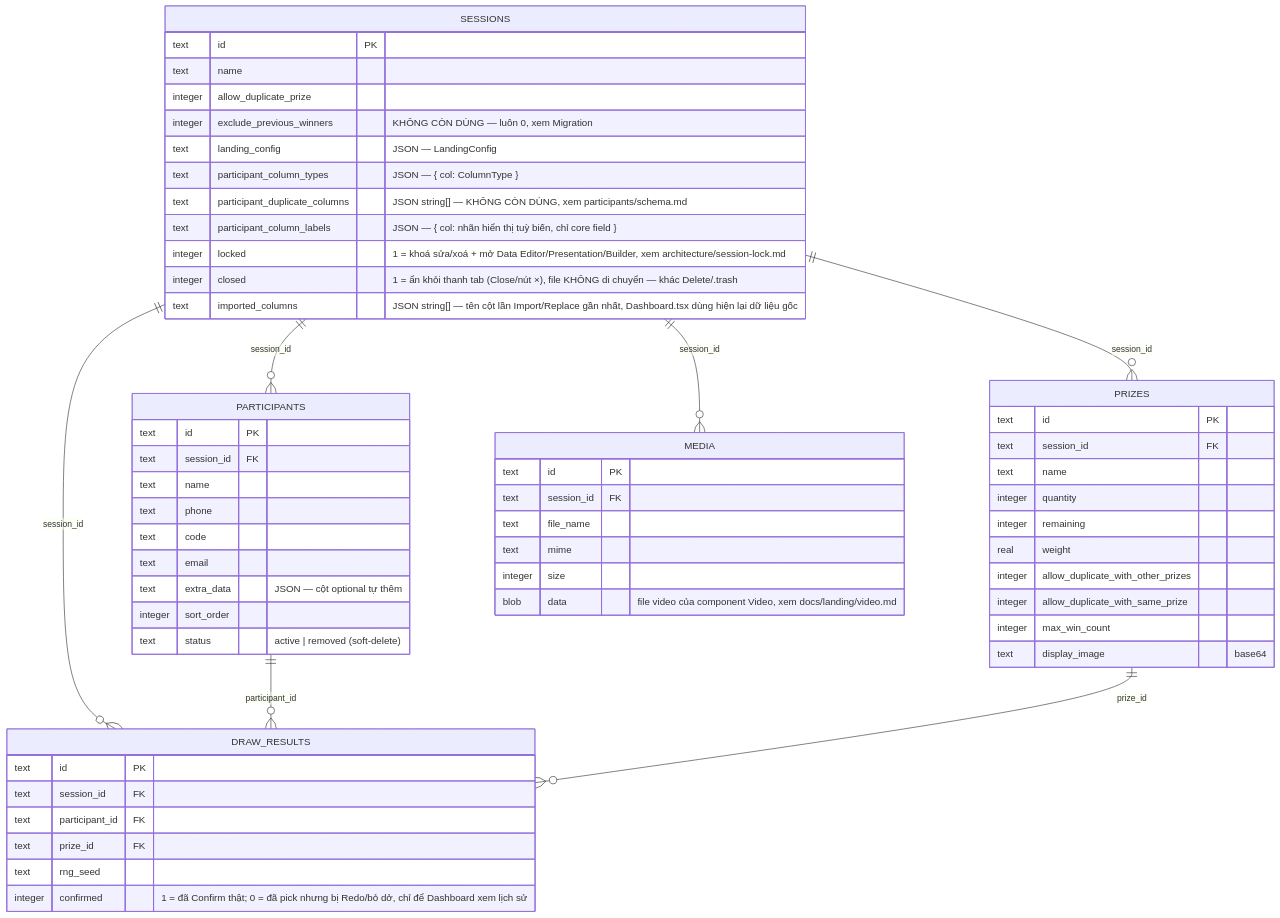
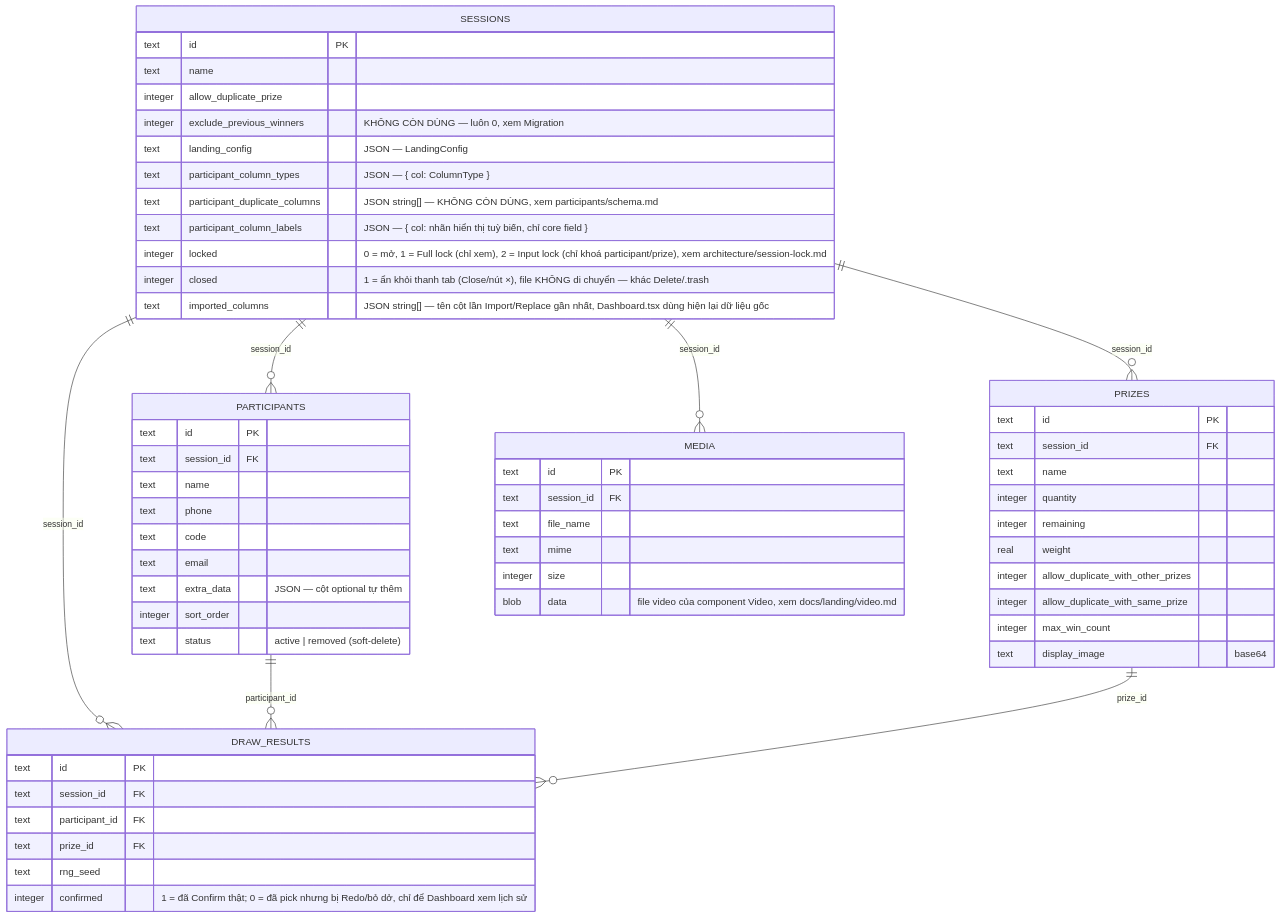
Before and after one commit to nhatquang-nguyen-129/display_lucky_draw: the diagram in docs/architecture/database-schema.md, drawn with Mermaid. The commit also changed other lines of this file and 18 other files, not shown here.

First line of the commit message:
Add Input lock, drag-to-reorder tabs, pre-extracted portable folder

````diff
--- a/docs/architecture/database-schema.md
+++ b/docs/architecture/database-schema.md
@@ -88,62 +96,62 @@
 ```mermaid
 erDiagram
   SESSIONS ||--o{ PARTICIPANTS : session_id
   SESSIONS ||--o{ PRIZES : session_id
   SESSIONS ||--o{ DRAW_RESULTS : session_id
   SESSIONS ||--o{ MEDIA : session_id
   PARTICIPANTS ||--o{ DRAW_RESULTS : participant_id
   PRIZES ||--o{ DRAW_RESULTS : prize_id
 
   SESSIONS {
     text id PK
     text name
     integer allow_duplicate_prize
     integer exclude_previous_winners "KHÔNG CÒN DÙNG — luôn 0, xem Migration"
     text landing_config "JSON — LandingConfig"
     text participant_column_types "JSON — { col: ColumnType }"
     text participant_duplicate_columns "JSON string[] — KHÔNG CÒN DÙNG, xem participants/schema.md"
     text participant_column_labels "JSON — { col: nhãn hiển thị tuỳ biến, chỉ core field }"
-    integer locked "1 = khoá sửa/xoá + mở Data Editor/Presentation/Builder, xem architecture/session-lock.md"
+    integer locked "0 = mở, 1 = Full lock (chỉ xem), 2 = Input lock (chỉ khoá participant/prize), xem architecture/session-lock.md"
     integer closed "1 = ẩn khỏi thanh tab (Close/nút ×), file KHÔNG di chuyển — khác Delete/.trash"
     text imported_columns "JSON string[] — tên cột lần Import/Replace gần nhất, Dashboard.tsx dùng hiện lại dữ liệu gốc"
   }
   PARTICIPANTS {
     text id PK
     text session_id FK
     text name
     text phone
     text code
     text email
     text extra_data "JSON — cột optional tự thêm"
     integer sort_order
     text status "active | removed (soft-delete)"
   }
   PRIZES {
     text id PK
     text session_id FK
     text name
     integer quantity
     integer remaining
     real weight
     integer allow_duplicate_with_other_prizes
     integer allow_duplicate_with_same_prize
     integer max_win_count
     text display_image "base64"
   }
   DRAW_RESULTS {
     text id PK
     text session_id FK
     text participant_id FK
     text prize_id FK
     text rng_seed
     integer confirmed "1 = đã Confirm thật; 0 = đã pick nhưng bị Redo/bỏ dở, chỉ để Dashboard xem lịch sử"
   }
   MEDIA {
     text id PK
     text session_id FK
     text file_name
     text mime
     integer size
     blob data "file video của component Video, xem docs/landing/video.md"
   }
 ```
````
